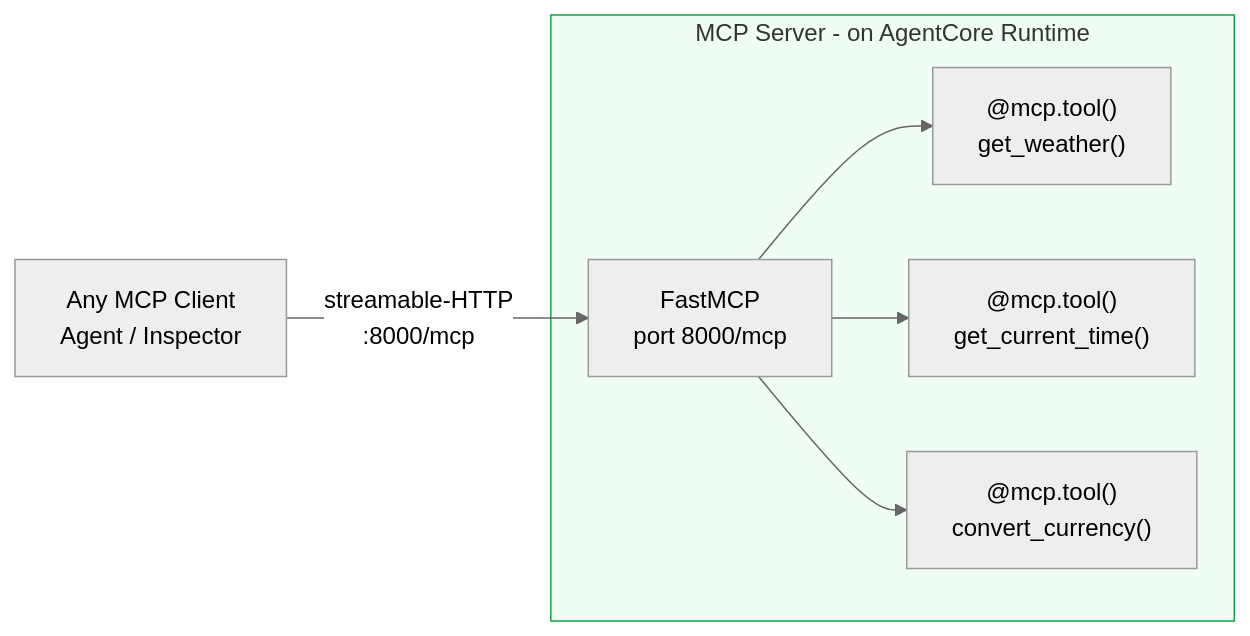
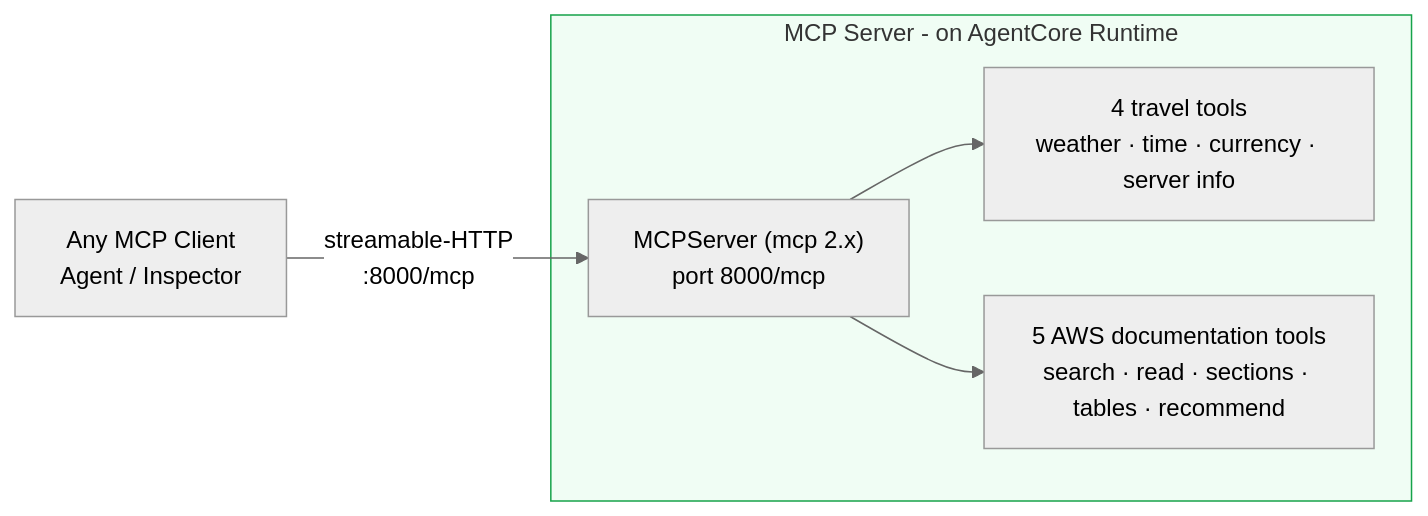
One commit to anveshmuppeda/agents-on-aws changed the first of 3 diagrams in 01-runtime/011-runtime-mcp-server/README.md. Above: the diagram before and after it, drawn with Mermaid (neutral theme). The commit also changed other lines of this file, not shown here.

Commit message:
feat: Update README to clarify MCP server functionality and tool integration

````diff
--- a/01-runtime/011-runtime-mcp-server/README.md
+++ b/01-runtime/011-runtime-mcp-server/README.md
@@ -29,18 +28,16 @@
 ```mermaid
 flowchart LR
     subgraph SERVER["MCP Server  -  on AgentCore Runtime"]
-        MCP["FastMCP
+        MCP["MCPServer (mcp 2.x)
 port 8000/mcp"]
-        T1["@mcp.tool()
-get_weather()"]
-        T2["@mcp.tool()
-get_current_time()"]
-        T3["@mcp.tool()
-convert_currency()"]
-        MCP --> T1 & T2 & T3
+        TRAVEL["4 travel tools
+weather · time · currency · server info"]
+        DOCS["5 AWS documentation tools
+search · read · sections · tables · recommend"]
+        MCP --> TRAVEL & DOCS
     end
     CLIENT["Any MCP Client
 Agent / Inspector"] -- "streamable-HTTP
 :8000/mcp" --> MCP
     style SERVER fill:#f0fdf4,stroke:#16a34a
 ```
````
